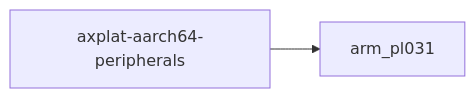
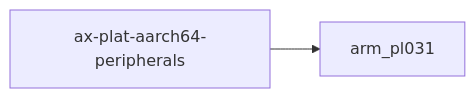
The third of 3 diagrams in docs/crates/arm_pl031.md (zKurisu/tgoskits), drawn with Mermaid before and after one commit. The commit also changed other lines of this file and 39 other files, not shown here.

Commit message:
rename axplat-aarch64-peripherals to ax-plat-aarch64-peripherals

````diff
--- a/docs/crates/arm_pl031.md
+++ b/docs/crates/arm_pl031.md
@@ -197,5 +197,5 @@
 ```mermaid
 graph LR
     current["arm_pl031"]
-    axplat_aarch64_peripherals["axplat-aarch64-peripherals"] --> current
+    ax_plat_aarch64_peripherals["ax-plat-aarch64-peripherals"] --> current
 ```
````
